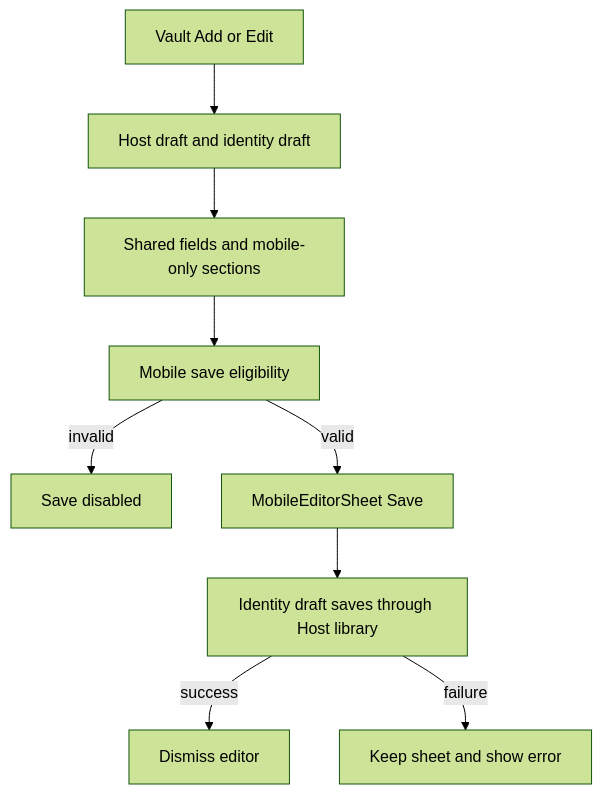
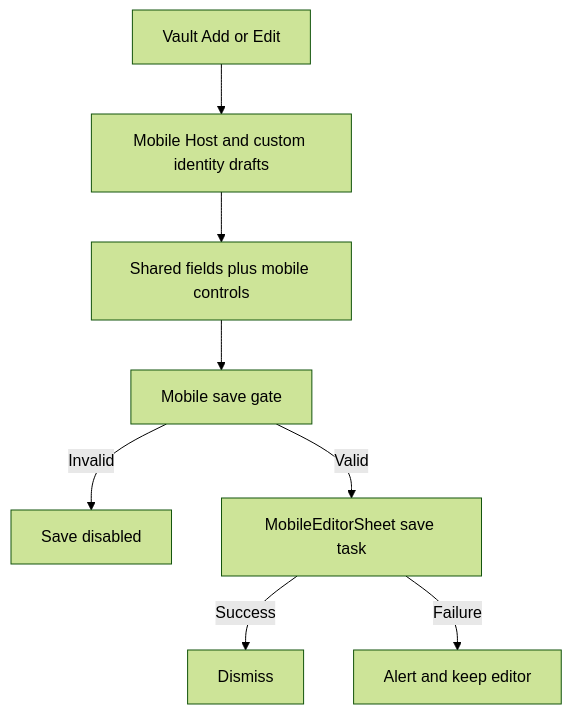
One commit to AkinoKaede/Termind changed the fourth of 5 diagrams in openwiki/concepts/ui-design-principles.md. Above: the diagram before and after it, drawn with Mermaid (forest theme). The commit also changed other lines of this file and 49 other files, not shown here.

````diff
--- a/openwiki/concepts/ui-design-principles.md
+++ b/openwiki/concepts/ui-design-principles.md
@@ -284,11 +223,10 @@
 ```mermaid
 flowchart TD
-    Vault["Vault Add or Edit"] --> Editor["Host draft and identity draft"]
-    Editor --> Fields["Shared fields and mobile-only sections"]
-    Fields --> Validate["Mobile save eligibility"]
-    Validate -->|invalid| Disabled["Save disabled"]
-    Validate -->|valid| Sheet["MobileEditorSheet Save"]
-    Sheet --> Library["Identity draft saves through Host library"]
-    Library -->|success| Dismiss["Dismiss editor"]
-    Library -->|failure| Error["Keep sheet and show error"]
+    Vault[Vault Add or Edit] --> Draft[Mobile Host and custom identity drafts]
+    Draft --> Fields[Shared fields plus mobile controls]
+    Fields --> Validate[Mobile save gate]
+    Validate -->|Invalid| Disabled[Save disabled]
+    Validate -->|Valid| Sheet[MobileEditorSheet save task]
+    Sheet -->|Success| Dismiss[Dismiss]
+    Sheet -->|Failure| Alert[Alert and keep editor]
 ```
````
